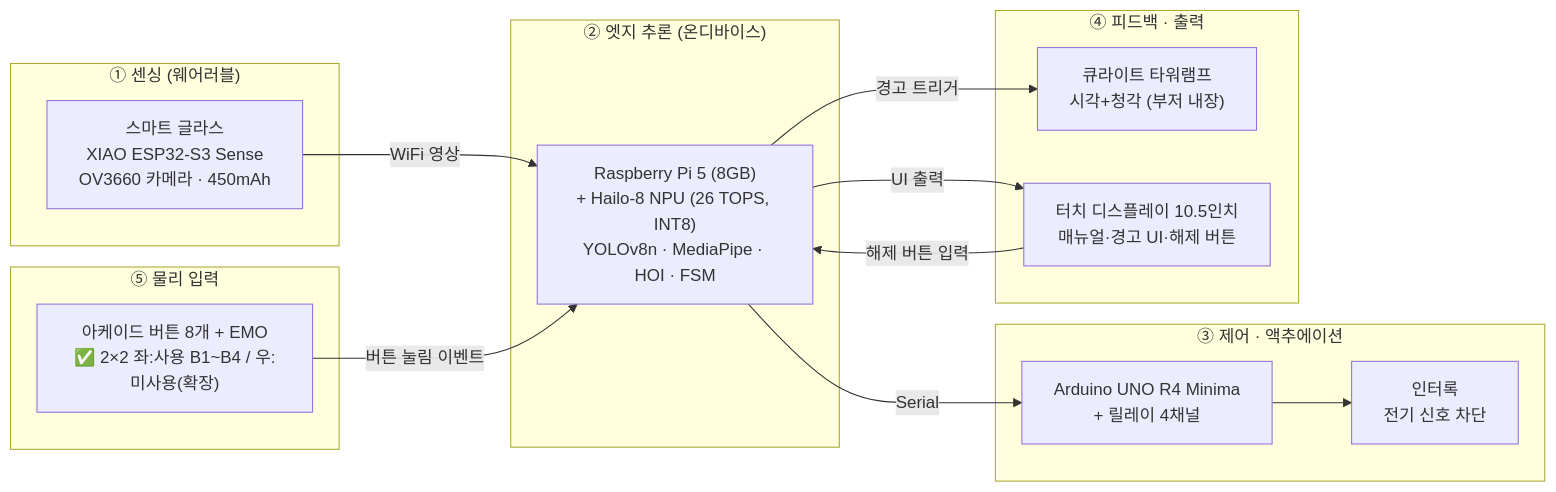
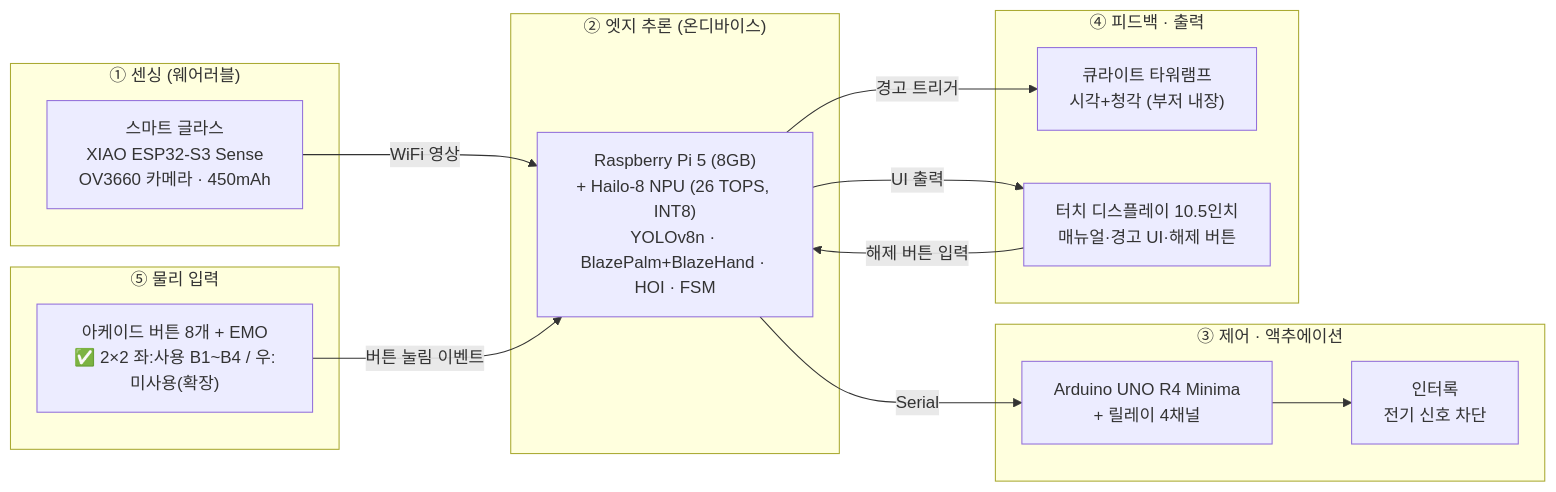
Before and after one commit to kimem9859-arch/sop-project: the first of 6 diagrams in docs/통합수행설계문서_전체_섹션1-15.md, drawn with Mermaid. The commit also changed other lines of this file and 2 other files, not shown here.

````diff
--- a/docs/통합수행설계문서_전체_섹션1-15.md
+++ b/docs/통합수행설계문서_전체_섹션1-15.md
@@ -190,27 +205,27 @@
 ```mermaid
 flowchart LR
     subgraph S1["① 센싱 (웨어러블)"]
         GLASS["스마트 글라스<br/>XIAO ESP32-S3 Sense<br/>OV3660 카메라 · 450mAh"]
     end
     subgraph S2["② 엣지 추론 (온디바이스)"]
-        RPI["Raspberry Pi 5 (8GB)<br/>+ Hailo-8 NPU (26 TOPS, INT8)<br/>YOLOv8n · MediaPipe · HOI · FSM"]
+        RPI["Raspberry Pi 5 (8GB)<br/>+ Hailo-8 NPU (26 TOPS, INT8)<br/>YOLOv8n · BlazePalm+BlazeHand · HOI · FSM"]
     end
     subgraph S3["③ 제어 · 액추에이션"]
         ARD["Arduino UNO R4 Minima<br/>+ 릴레이 4채널"]
         INTL["인터록<br/>전기 신호 차단"]
     end
     subgraph S4["④ 피드백 · 출력"]
         TOWER["큐라이트 타워램프<br/>시각+청각 (부저 내장)"]
         DISP["터치 디스플레이 10.5인치<br/>매뉴얼·경고 UI·해제 버튼"]
     end
     subgraph S5["⑤ 물리 입력"]
         BTN["아케이드 버튼 8개 + EMO<br/>✅ 2×2 좌:사용 B1~B4 / 우:미사용(확장)"]
     end
     GLASS -->|WiFi 영상| RPI
     RPI -->|Serial| ARD
     ARD --> INTL
     RPI -->|경고 트리거| TOWER
     RPI -->|UI 출력| DISP
     BTN -->|버튼 눌림 이벤트| RPI
     DISP -->|해제 버튼 입력| RPI
 ```
````
